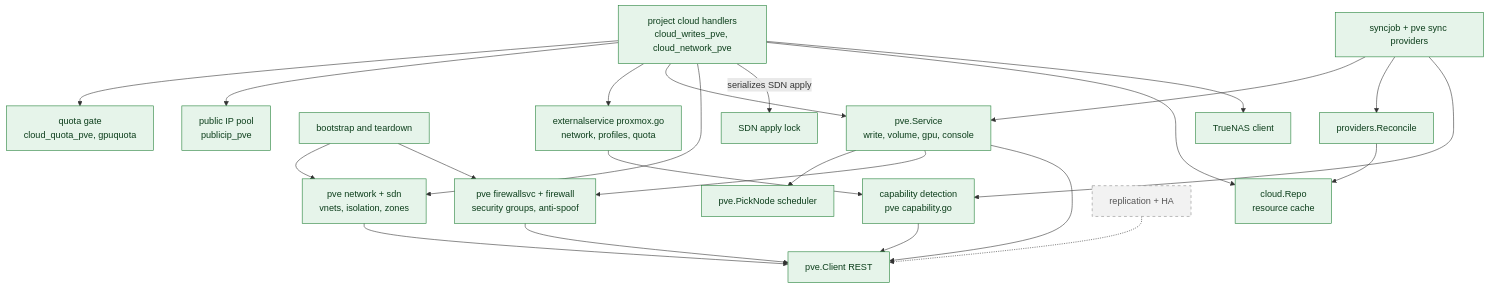
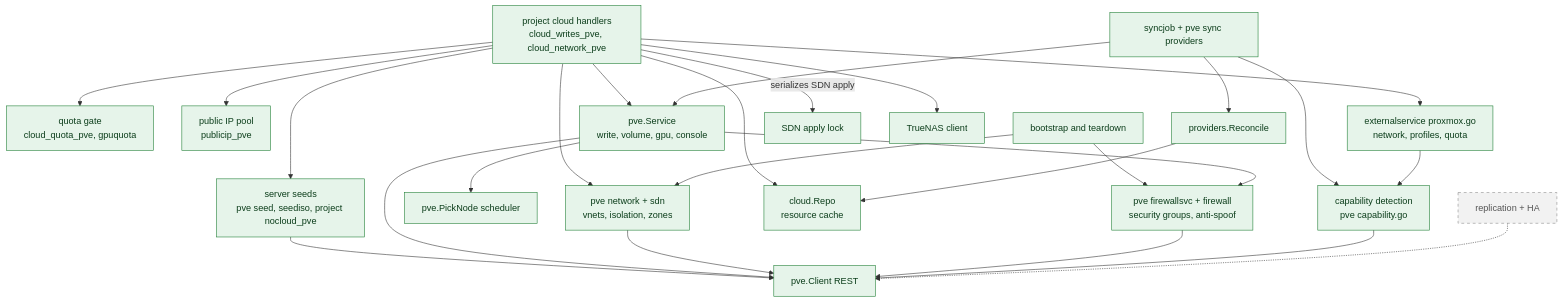
The second of 5 diagrams in docs/architecture/c4/c3-components.md (mutex-solutions/proxcloud), drawn with Mermaid before and after one commit. The commit also changed other lines of this file and 40 other files, not shown here.

````diff
--- a/docs/architecture/c4/c3-components.md
+++ b/docs/architecture/c4/c3-components.md
@@ -66,46 +66,49 @@
 ```mermaid
 flowchart TB
   classDef impl fill:#e6f4ea,stroke:#1e7e34,color:#0b3d1a
   classDef planned fill:#f2f2f2,stroke:#8a8a8a,stroke-dasharray:5 5,color:#555555
 
   ph["project cloud handlers<br/>cloud_writes_pve, cloud_network_pve"]:::impl
   quota["quota gate<br/>cloud_quota_pve, gpuquota"]:::impl
   pip["public IP pool<br/>publicip_pve"]:::impl
   lifecycle["bootstrap and teardown"]:::impl
   es["externalservice proxmox.go<br/>network, profiles, quota"]:::impl
   svc["pve.Service<br/>write, volume, gpu, console"]:::impl
   net["pve network + sdn<br/>vnets, isolation, zones"]:::impl
   fwsvc["pve firewallsvc + firewall<br/>security groups, anti-spoof"]:::impl
   sch["pve.PickNode scheduler"]:::impl
   cli["pve.Client REST"]:::impl
+  seed["server seeds<br/>pve seed, seediso, project nocloud_pve"]:::impl
   sync["syncjob + pve sync providers"]:::impl
   recon["providers.Reconcile"]:::impl
   repo["cloud.Repo<br/>resource cache"]:::impl
   lock["SDN apply lock"]:::impl
   cap["capability detection<br/>pve capability.go"]:::impl
   ha["replication + HA"]:::planned
   truenas["TrueNAS client"]:::impl
 
   ph --> quota
   ph --> pip
+  ph --> seed
+  seed --> cli
   ph --> es
   ph --> svc
   ph --> net
   ph -->|"serializes SDN apply"| lock
   lifecycle --> net
   lifecycle --> fwsvc
   svc --> sch
   svc --> fwsvc
   svc --> cli
   net --> cli
   fwsvc --> cli
   ph --> repo
   sync --> svc
   sync --> recon
   recon --> repo
   cap --> cli
   sync --> cap
   es --> cap
   ha -.-> cli
   ph --> truenas
 ```
````
